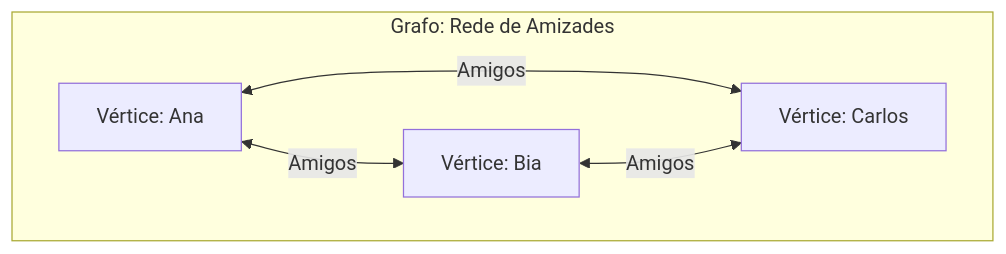
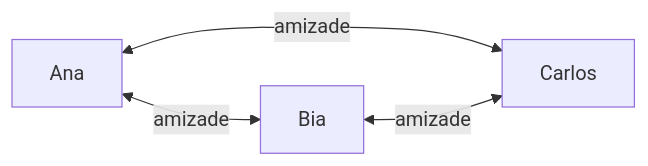
One commit to leorruas/puc changed the fourth of 5 diagrams in 00. Sintaxe Multilinguagem/08. Estruturas de dados fundamentais (materialização de modelos mentais em código).md. Above: the diagram before and after it, drawn with Mermaid. The commit also changed other lines of this file, not shown here.

````diff
--- a/00. Sintaxe Multilinguagem/08. Estruturas de dados fundamentais (materialização de modelos mentais em código).md
+++ b/00. Sintaxe Multilinguagem/08. Estruturas de dados fundamentais (materialização de modelos mentais em código).md
@@ -480,12 +466,10 @@
 ```mermaid
-flowchart TD
-    subgraph Rede ["Grafo: Rede de Amizades"]
-        Ana["Vértice: Ana"]
-        Bia["Vértice: Bia"]
-        Carlos["Vértice: Carlos"]
+flowchart LR
+    Ana["Ana"]:::core
+    Bia["Bia"]:::component
+    Carlos["Carlos"]:::component
 
-        Ana <-->|Amigos| Bia
-        Ana <-->|Amigos| Carlos
-        Bia <-->|Amigos| Carlos
-    end
+    Ana <-->|"amizade"| Bia
+    Ana <-->|"amizade"| Carlos
+    Bia <-->|"amizade"| Carlos
 ```
````
